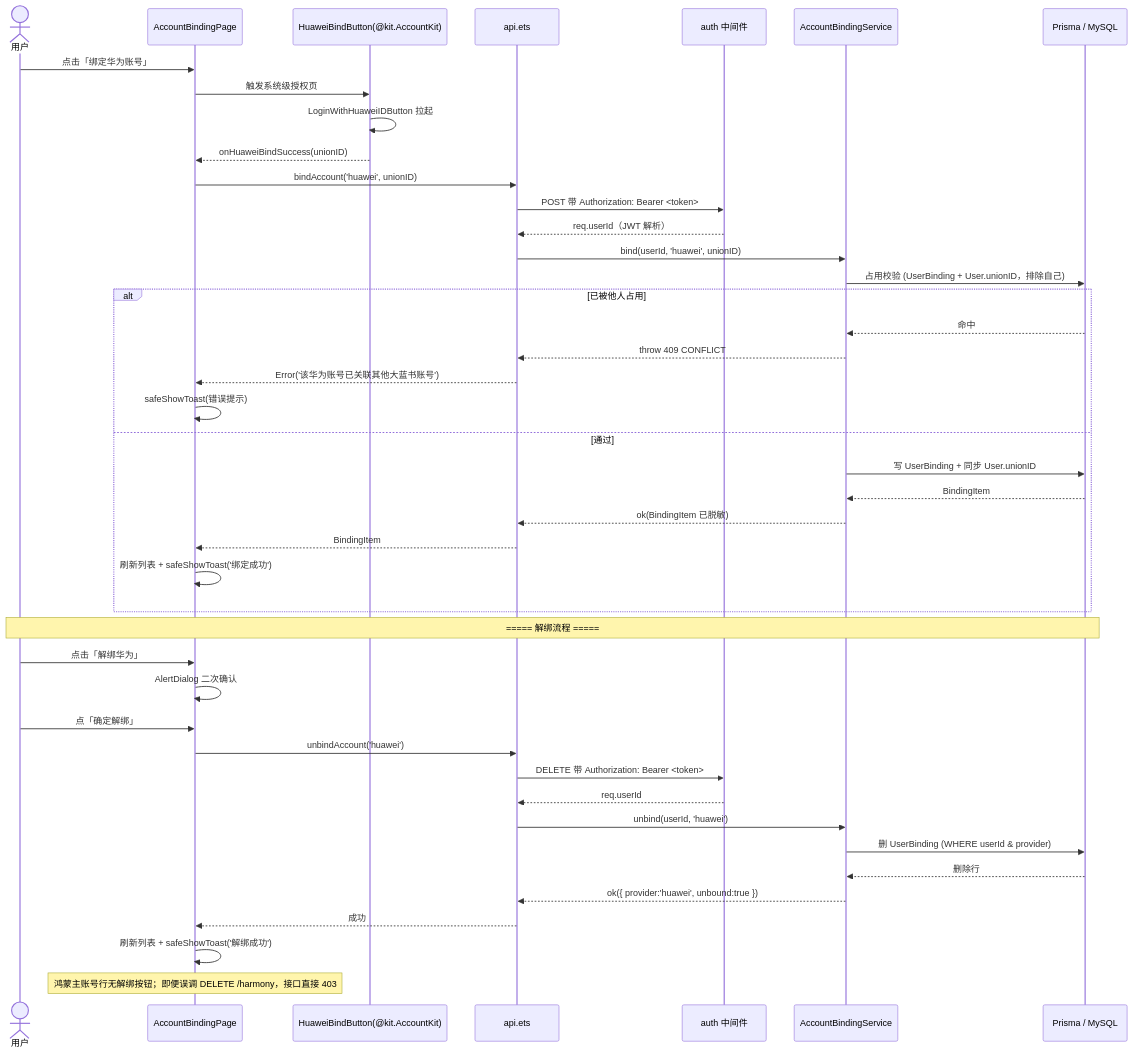
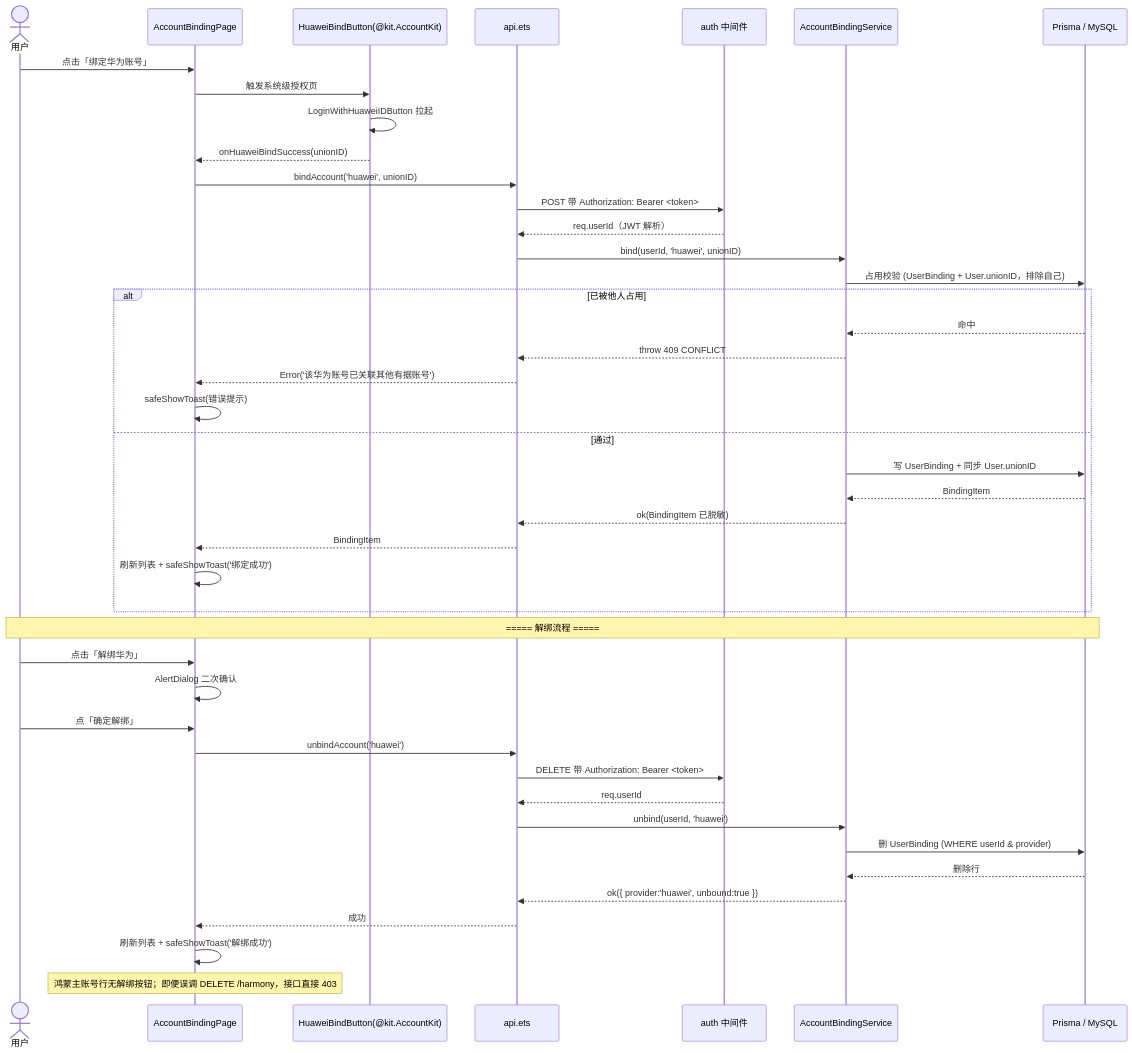
Before and after one commit to 2697881905/youju: the diagram in entry/Docs/sequence-diagram.mermaid, drawn with Mermaid. The commit also changed 286 other files, not shown here.

```diff
--- a/entry/Docs/sequence-diagram.mermaid
+++ b/entry/Docs/sequence-diagram.mermaid
@@ -1,46 +1,46 @@
 sequenceDiagram
     actor U as 用户
     participant ABP as AccountBindingPage
     participant HB as HuaweiBindButton(@kit.AccountKit)
     participant API as api.ets
     participant AUTH as auth 中间件
     participant SVC as AccountBindingService
     participant DB as Prisma / MySQL
 
     U->>ABP: 点击「绑定华为账号」
     ABP->>HB: 触发系统级授权页
     HB->>HB: LoginWithHuaweiIDButton 拉起
     HB-->>ABP: onHuaweiBindSuccess(unionID)
     ABP->>API: bindAccount('huawei', unionID)
     API->>AUTH: POST 带 Authorization: Bearer <token>
     AUTH-->>API: req.userId（JWT 解析）
     API->>SVC: bind(userId, 'huawei', unionID)
     SVC->>DB: 占用校验 (UserBinding + User.unionID，排除自己)
     alt 已被他人占用
         DB-->>SVC: 命中
         SVC-->>API: throw 409 CONFLICT
-        API-->>ABP: Error('该华为账号已关联其他大蓝书账号')
+        API-->>ABP: Error('该华为账号已关联其他有据账号')
         ABP->>ABP: safeShowToast(错误提示)
     else 通过
         SVC->>DB: 写 UserBinding + 同步 User.unionID
         DB-->>SVC: BindingItem
         SVC-->>API: ok(BindingItem 已脱敏)
         API-->>ABP: BindingItem
         ABP->>ABP: 刷新列表 + safeShowToast('绑定成功')
     end
 
     Note over U,DB: ===== 解绑流程 =====
 
     U->>ABP: 点击「解绑华为」
     ABP->>ABP: AlertDialog 二次确认
     U->>ABP: 点「确定解绑」
     ABP->>API: unbindAccount('huawei')
     API->>AUTH: DELETE 带 Authorization: Bearer <token>
     AUTH-->>API: req.userId
     API->>SVC: unbind(userId, 'huawei')
     SVC->>DB: 删 UserBinding (WHERE userId & provider)
     DB-->>SVC: 删除行
     SVC-->>API: ok({ provider:'huawei', unbound:true })
     API-->>ABP: 成功
     ABP->>ABP: 刷新列表 + safeShowToast('解绑成功')
     Note over ABP: 鸿蒙主账号行无解绑按钮；即便误调 DELETE /harmony，接口直接 403
```
